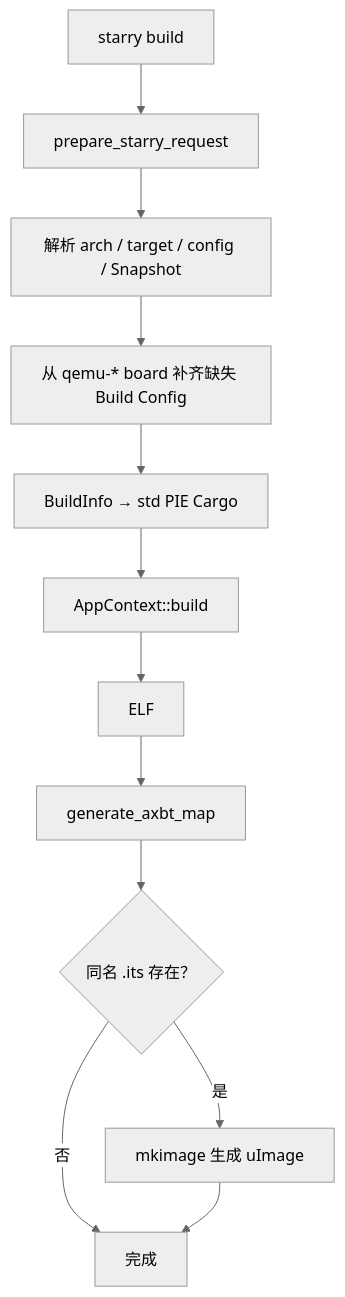
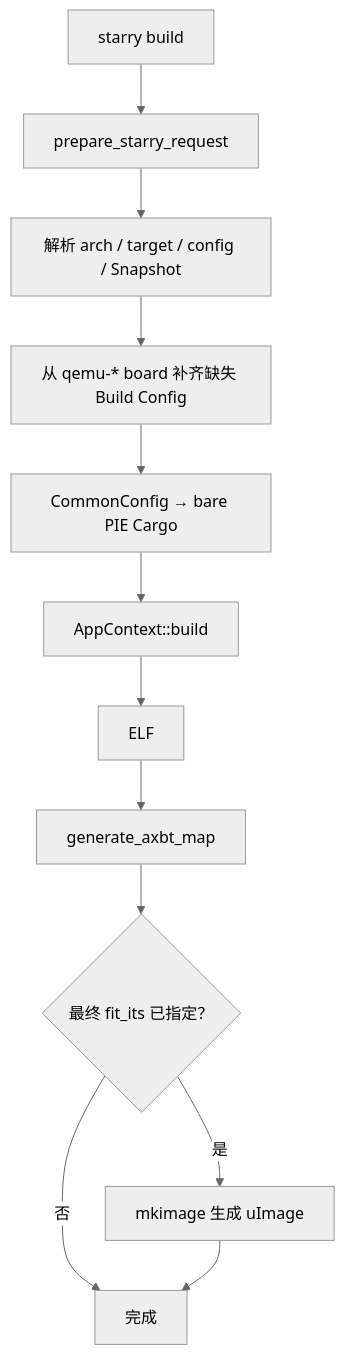
The diagram in docs/docs/build/starry/build.md (rcore-os/tgoskits), drawn with Mermaid (neutral theme) before and after one commit. The commit also changed other lines of this file and 97 other files, not shown here.

Commit message:
refactor(ax-config): centralize build inputs and runtime parameters

````diff
--- a/docs/docs/build/starry/build.md
+++ b/docs/docs/build/starry/build.md
@@ -14,14 +14,14 @@
 ```mermaid
 flowchart TD
     A["starry build"] --> B["prepare_starry_request"]
     B --> C["解析 arch / target / config / Snapshot"]
     C --> D["从 qemu-* board 补齐缺失 Build Config"]
-    D --> E["BuildInfo → std PIE Cargo"]
+    D --> E["CommonConfig → bare PIE Cargo"]
     E --> F["AppContext::build"]
     F --> G["ELF"]
     G --> H["generate_axbt_map"]
-    H --> I{"同名 .its 存在？"}
+    H --> I{"最终 fit_its 已指定？"}
     I -->|是| J["mkimage 生成 uImage"]
     I -->|否| K["完成"]
     J --> K
 ```
````
